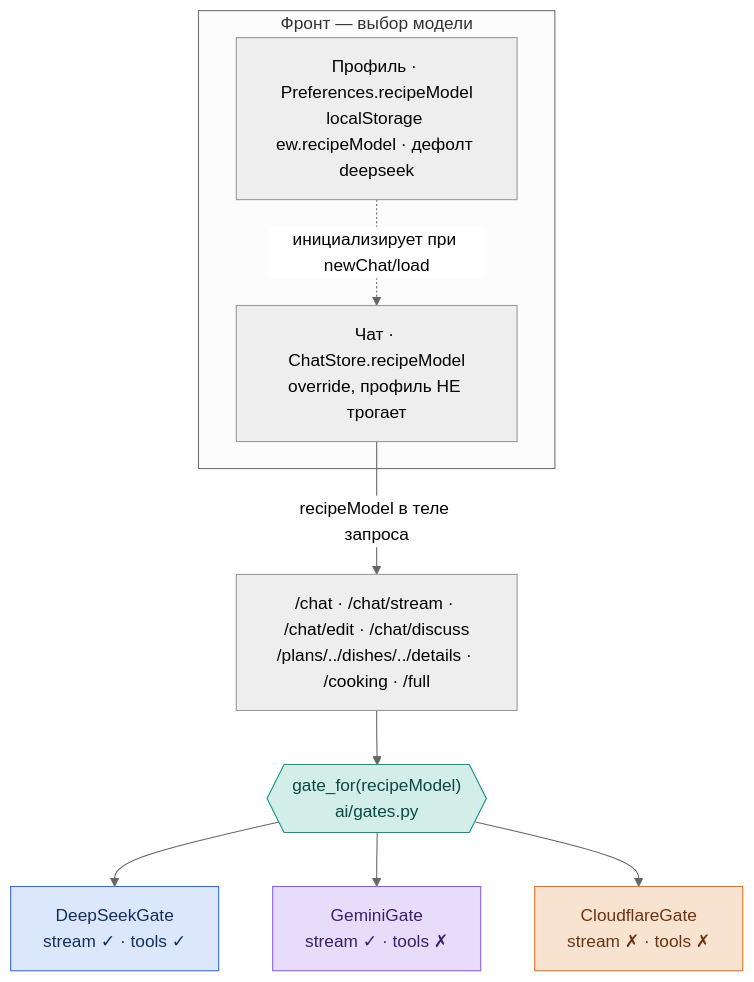
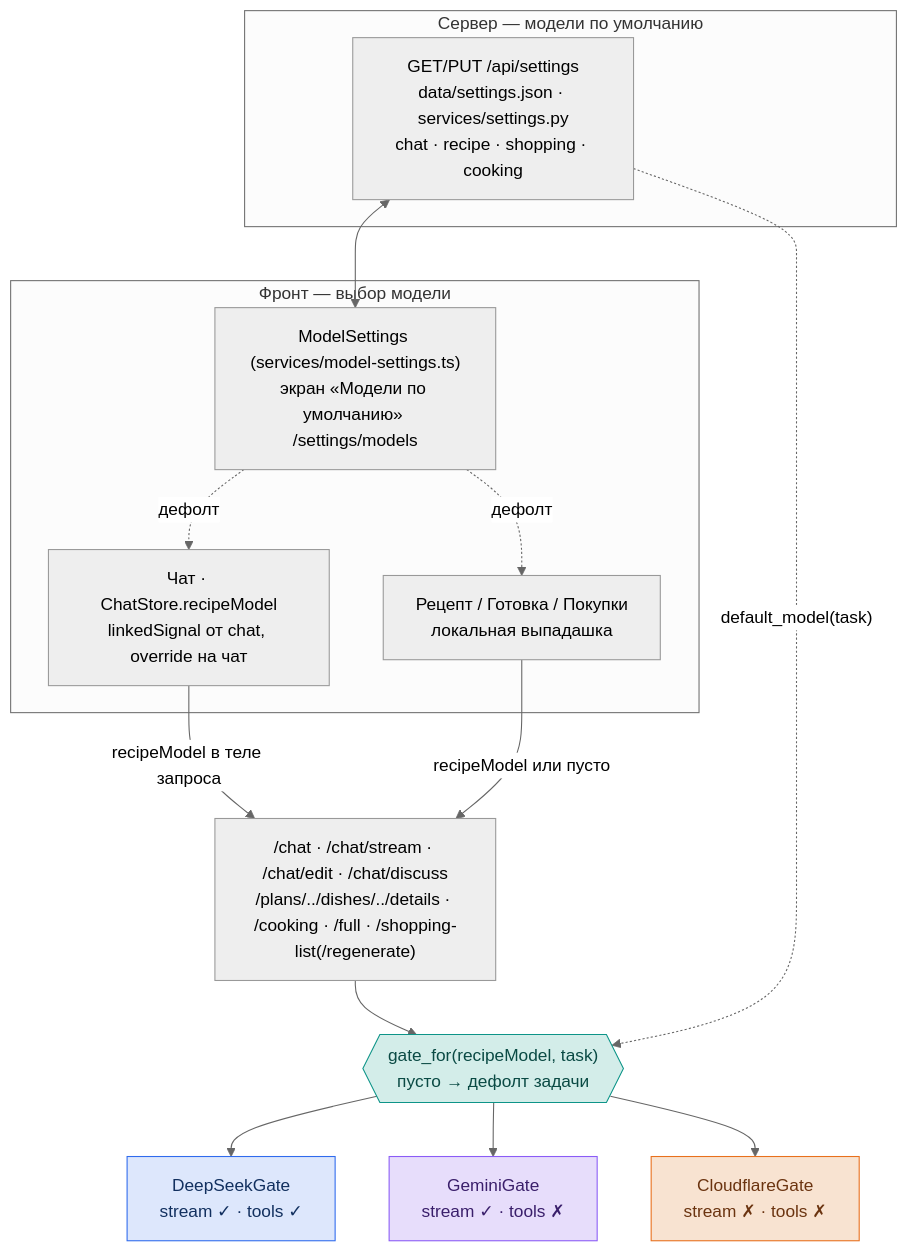
The first of 4 diagrams in docs/ARCHITECTURE.md (khripunovpp/easy-week), drawn with Mermaid (neutral theme) before and after one commit. The commit also changed other lines of this file and 1 other file, not shown here.

First line of the commit message:
Документация: модели по умолчанию по задачам (chat/recipe/shopping/cooking), покупки больше не только Cloudflare

````diff
--- a/docs/ARCHITECTURE.md
+++ b/docs/ARCHITECTURE.md
@@ -20,19 +26,27 @@
 ```mermaid
 flowchart TD
+  subgraph SRV["Сервер — модели по умолчанию"]
+    S["GET/PUT /api/settings<br/>data/settings.json · services/settings.py<br/>chat · recipe · shopping · cooking"]
+  end
   subgraph FE["Фронт — выбор модели"]
-    P["Профиль · Preferences.recipeModel<br/>localStorage ew.recipeModel · дефолт deepseek"]
-    C["Чат · ChatStore.recipeModel<br/>override, профиль НЕ трогает"]
-    P -. "инициализирует при newChat/load" .-> C
+    MS["ModelSettings (services/model-settings.ts)<br/>экран «Модели по умолчанию» /settings/models"]
+    C["Чат · ChatStore.recipeModel<br/>linkedSignal от chat, override на чат"]
+    PG["Рецепт / Готовка / Покупки<br/>локальная выпадашка"]
+    MS -. "дефолт" .-> C
+    MS -. "дефолт" .-> PG
   end
-  C -- "recipeModel в теле запроса" --> API["/chat · /chat/stream · /chat/edit · /chat/discuss<br/>/plans/../dishes/../details · /cooking · /full"]
-  API --> GF{{"gate_for(recipeModel)<br/>ai/gates.py"}}
+  S <--> MS
+  C -- "recipeModel в теле запроса" --> API["/chat · /chat/stream · /chat/edit · /chat/discuss<br/>/plans/../dishes/../details · /cooking · /full · /shopping-list(/regenerate)"]
+  PG -- "recipeModel или пусто" --> API
+  API --> GF{{"gate_for(recipeModel, task)<br/>пусто → дефолт задачи"}}
+  S -. "default_model(task)" .-> GF
   GF --> DS["DeepSeekGate<br/>stream ✓ · tools ✓"]
   GF --> GM["GeminiGate<br/>stream ✓ · tools ✗"]
   GF --> CF["CloudflareGate<br/>stream ✗ · tools ✗"]
 
   classDef ds fill:#dde7fc,stroke:#2f6bed,color:#12305f;
   classDef gm fill:#e7ddfb,stroke:#8b5cf6,color:#3a1f6b;
   classDef cf fill:#f8e3d1,stroke:#e8701d,color:#6b3410;
   classDef sys fill:#d3ede9,stroke:#0d9488,color:#0a4a44;
   class DS ds; class GM gm; class CF cf; class GF sys;
 ```
````
